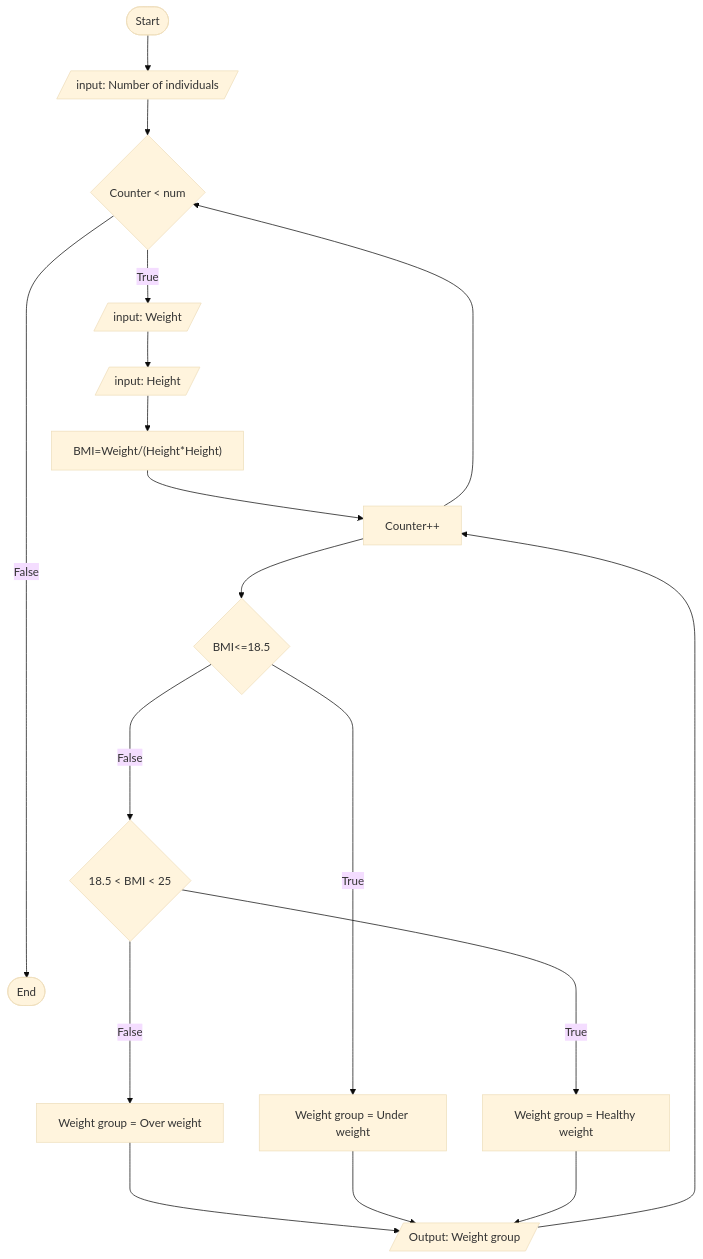
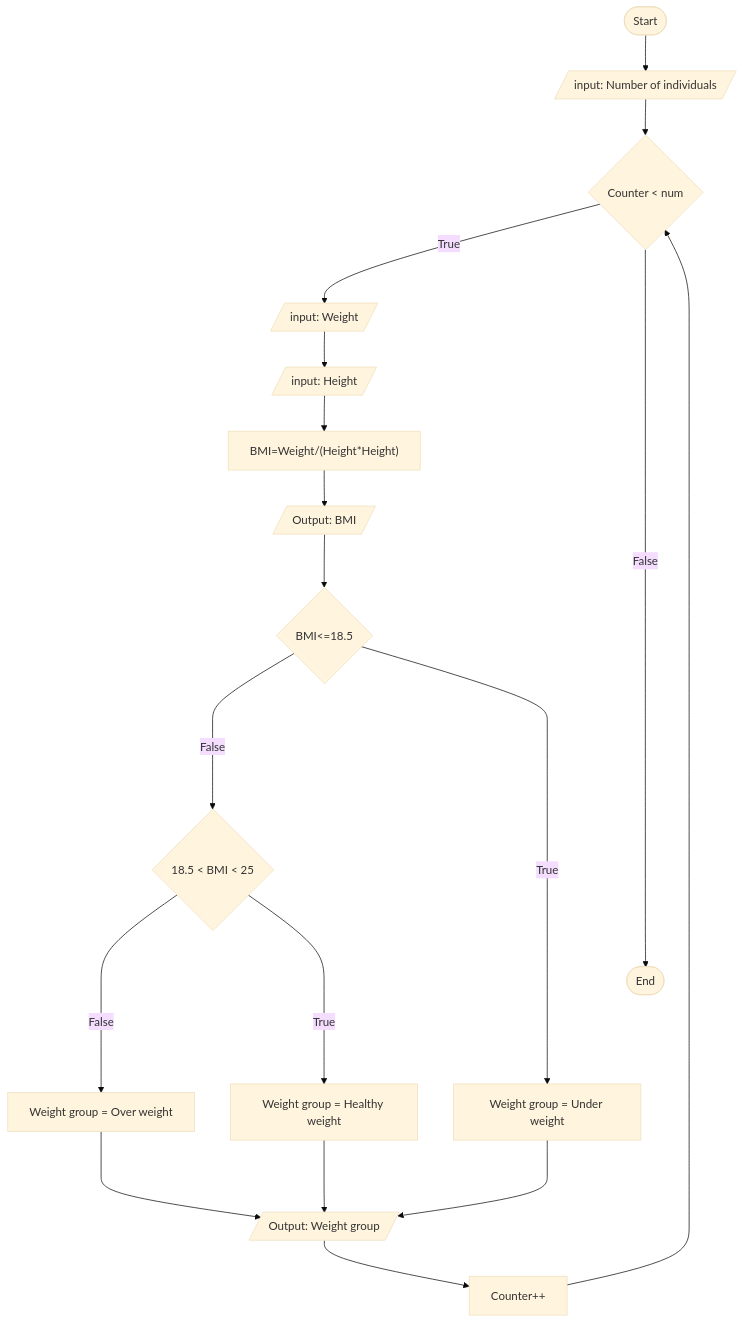
The diagram in ETS1210_Sahleselase_Asmamaw/BMI_calculator.md (SWEG-2016EC-Batch/System32), drawn with Mermaid (base theme) before and after one commit.

````diff
--- a/ETS1210_Sahleselase_Asmamaw/BMI_calculator.md
+++ b/ETS1210_Sahleselase_Asmamaw/BMI_calculator.md
@@ -37,22 +37,22 @@
 ``` mermaid
 flowchart 
 id1([Start])-->id2[/input: Number of individuals/]
 id2-->id3{Counter < num}
 
 id3--True-->id4[/input: Weight/]
 id4-->id5[/input: Height/]
 id5-->id6["BMI=Weight/(Height*Height)"] 
-id6-->id14[/Output: BMI/]
-id14-->id7{BMI<=18.5}
+id6-->id15[/Output: BMI/]
+id15-->id7{BMI<=18.5}
 id7--False--->id8{18.5 < BMI < 25}
 id8--False-->id9[Weight group = Over weight]
 id9--->id10[/Output: Weight group/]
 id7--True------->id11[Weight group = Under weight]
 id11--->id10
 id8--True---->id12[Weight group = Healthy weight]
 id12--->id10
 
 id3--False---------->id13([End])
 id10-->id14[Counter++]
 id14-->id3
 ```
````
